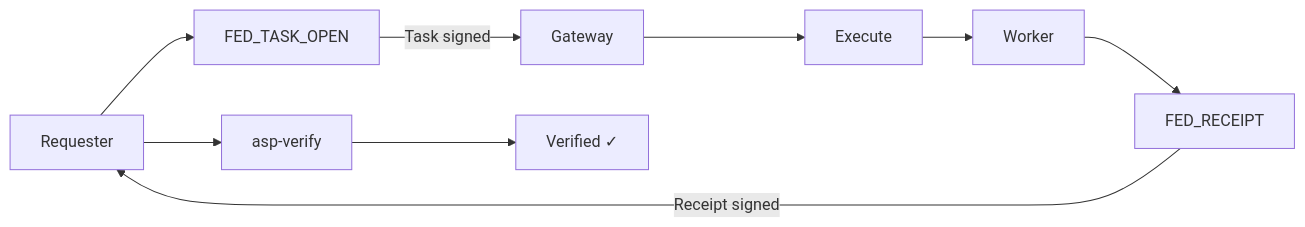
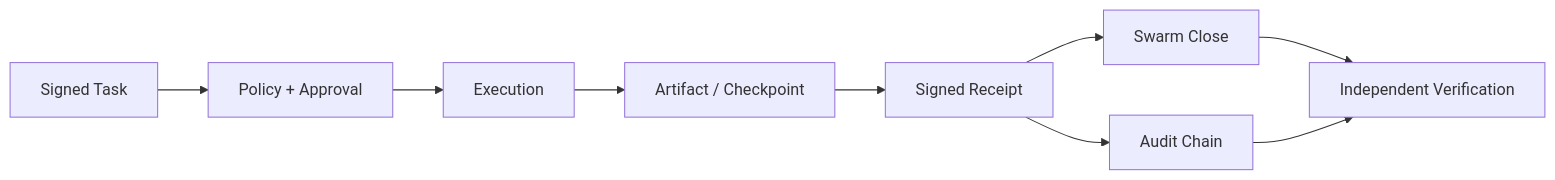
One commit to XXY-CH/Agnet changed the second of 2 diagrams in README.md. Above: the diagram before and after it, drawn with Mermaid. The commit also changed other lines of this file and 25 other files, not shown here.

````diff
--- a/README.md
+++ b/README.md
@@ -53,11 +123,11 @@
 ```mermaid
 flowchart LR
-  R[Requester] --> T[FED_TASK_OPEN]
-  T -->|Task signed| G[Gateway]
-  G --> E[Execute]
-  E --> W[Worker]
-  W --> F[FED_RECEIPT]
-  F -->|Receipt signed| R
-  R --> V[asp-verify]
-  V --> OK[Verified ✓]
+    T[Signed Task] --> P[Policy + Approval]
+    P --> E[Execution]
+    E --> A[Artifact / Checkpoint]
+    A --> R[Signed Receipt]
+    R --> C[Swarm Close]
+    R --> J[Audit Chain]
+    C --> V[Independent Verification]
+    J --> V
 ```
````
